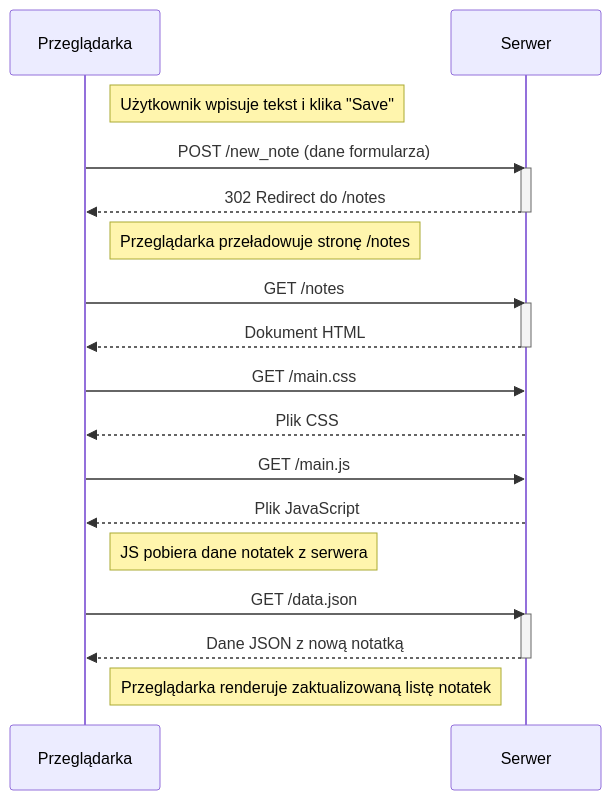
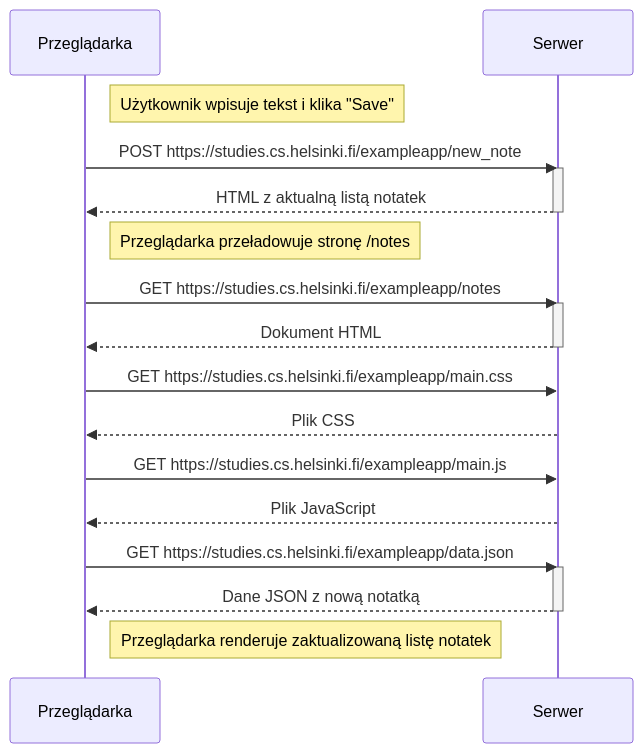
The diagram in part0/zad0.4.mmd (77qd/FullStack), drawn with Mermaid before and after one commit. The commit also changed 2 other files, not shown here.

```diff
--- a/part0/zad0.4.mmd
+++ b/part0/zad0.4.mmd
@@ -1,32 +1,30 @@
 sequenceDiagram
     participant Przeglądarka
     participant Serwer
 
-    Note right of Przeglądarka: Użytkownik wpisuje tekst i klika "Save"
+    Note right of Przeglądarka: Użytkownik wpisuje tekst i klika "Save" 
 
-    Przeglądarka->>Serwer: POST /new_note (dane formularza)
+    Przeglądarka->>Serwer: POST https://studies.cs.helsinki.fi/exampleapp/new_note
     activate Serwer
-    Serwer-->>Przeglądarka: 302 Redirect do /notes
+    Serwer-->>Przeglądarka: HTML z aktualną listą notatek
     deactivate Serwer
 
     Note right of Przeglądarka: Przeglądarka przeładowuje stronę /notes
 
-    Przeglądarka->>Serwer: GET /notes
+    Przeglądarka->>Serwer: GET https://studies.cs.helsinki.fi/exampleapp/notes
     activate Serwer
     Serwer-->>Przeglądarka: Dokument HTML
     deactivate Serwer
 
-    Przeglądarka->>Serwer: GET /main.css
+    Przeglądarka->>Serwer: GET https://studies.cs.helsinki.fi/exampleapp/main.css
     Serwer-->>Przeglądarka: Plik CSS
 
-    Przeglądarka->>Serwer: GET /main.js
+    Przeglądarka->>Serwer: GET https://studies.cs.helsinki.fi/exampleapp/main.js
     Serwer-->>Przeglądarka: Plik JavaScript
 
-    Note right of Przeglądarka: JS pobiera dane notatek z serwera
-
-    Przeglądarka->>Serwer: GET /data.json
+    Przeglądarka->>Serwer: GET https://studies.cs.helsinki.fi/exampleapp/data.json
     activate Serwer
     Serwer-->>Przeglądarka: Dane JSON z nową notatką
     deactivate Serwer
 
     Note right of Przeglądarka: Przeglądarka renderuje zaktualizowaną listę notatek
```
